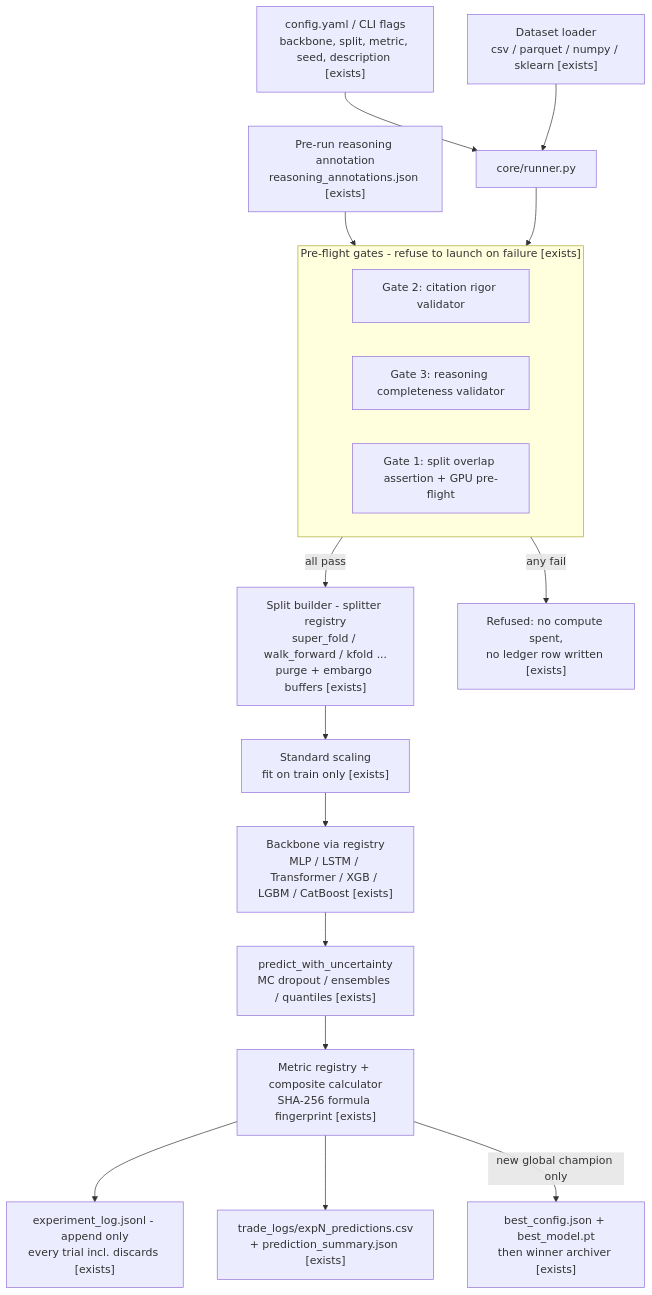
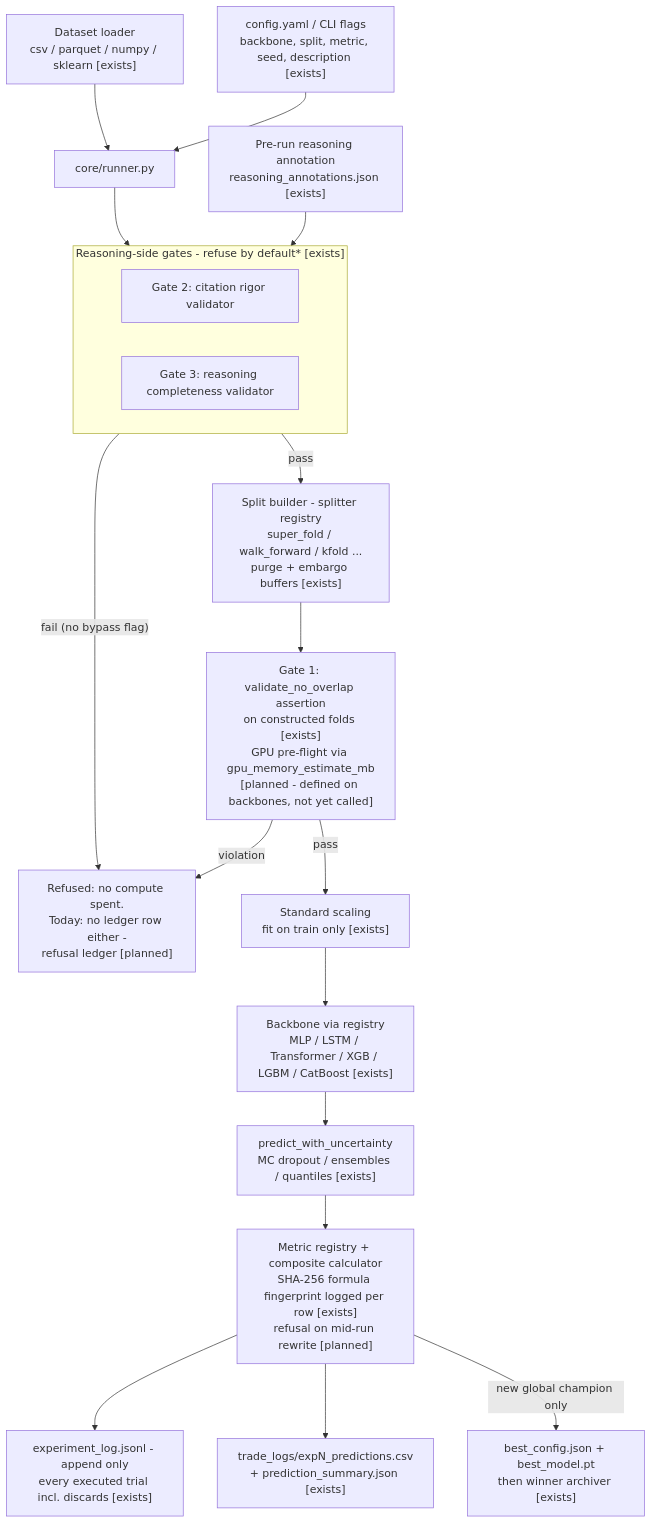
The diagram in runs/autoresearch/tech/architecture/D01.md (dlmastery/startup-skills), drawn with Mermaid before and after one commit. The commit also changed other lines of this file and 32 other files, not shown here.

First line of the commit message:
Ascent run: critic round applied across all five layers

````diff
--- a/runs/autoresearch/tech/architecture/D01.md
+++ b/runs/autoresearch/tech/architecture/D01.md
@@ -5,25 +5,26 @@
 ```mermaid
 flowchart TD
     CFG["config.yaml / CLI flags<br/>backbone, split, metric, seed, description [exists]"] --> RUN
     DATA["Dataset loader<br/>csv / parquet / numpy / sklearn [exists]"] --> RUN
     ANN["Pre-run reasoning annotation<br/>reasoning_annotations.json [exists]"] --> GATES
 
-    subgraph GATES["Pre-flight gates - refuse to launch on failure [exists]"]
+    subgraph GATES["Reasoning-side gates - refuse by default* [exists]"]
         G2["Gate 2: citation rigor validator"]
         G3["Gate 3: reasoning completeness validator"]
-        G1["Gate 1: split overlap assertion + GPU pre-flight"]
     end
 
     RUN["core/runner.py"] --> GATES
-    GATES -->|all pass| SPLIT["Split builder - splitter registry<br/>super_fold / walk_forward / kfold ...<br/>purge + embargo buffers [exists]"]
-    GATES -->|any fail| REFUSE["Refused: no compute spent,<br/>no ledger row written [exists]"]
+    GATES -->|pass| SPLIT["Split builder - splitter registry<br/>super_fold / walk_forward / kfold ...<br/>purge + embargo buffers [exists]"]
+    GATES -->|"fail (no bypass flag)"| REFUSE["Refused: no compute spent.<br/>Today: no ledger row either -<br/>refusal ledger [planned]"]
 
-    SPLIT --> SCALE["Standard scaling<br/>fit on train only [exists]"]
+    SPLIT --> OV["Gate 1: validate_no_overlap assertion<br/>on constructed folds [exists]<br/>GPU pre-flight via gpu_memory_estimate_mb<br/>[planned - defined on backbones, not yet called]"]
+    OV -->|violation| REFUSE
+    OV -->|pass| SCALE["Standard scaling<br/>fit on train only [exists]"]
     SCALE --> BB["Backbone via registry<br/>MLP / LSTM / Transformer / XGB / LGBM / CatBoost [exists]"]
     BB --> PRED["predict_with_uncertainty<br/>MC dropout / ensembles / quantiles [exists]"]
-    PRED --> MET["Metric registry + composite calculator<br/>SHA-256 formula fingerprint [exists]"]
+    PRED --> MET["Metric registry + composite calculator<br/>SHA-256 formula fingerprint logged per row [exists]<br/>refusal on mid-run rewrite [planned]"]
 
-    MET --> LOG["experiment_log.jsonl - append only<br/>every trial incl. discards [exists]"]
+    MET --> LOG["experiment_log.jsonl - append only<br/>every executed trial incl. discards [exists]"]
     MET --> PLOG["trade_logs/expN_predictions.csv<br/>+ prediction_summary.json [exists]"]
     MET -->|new global champion only| CHAMP["best_config.json + best_model.pt<br/>then winner archiver [exists]"]
 ```
````
